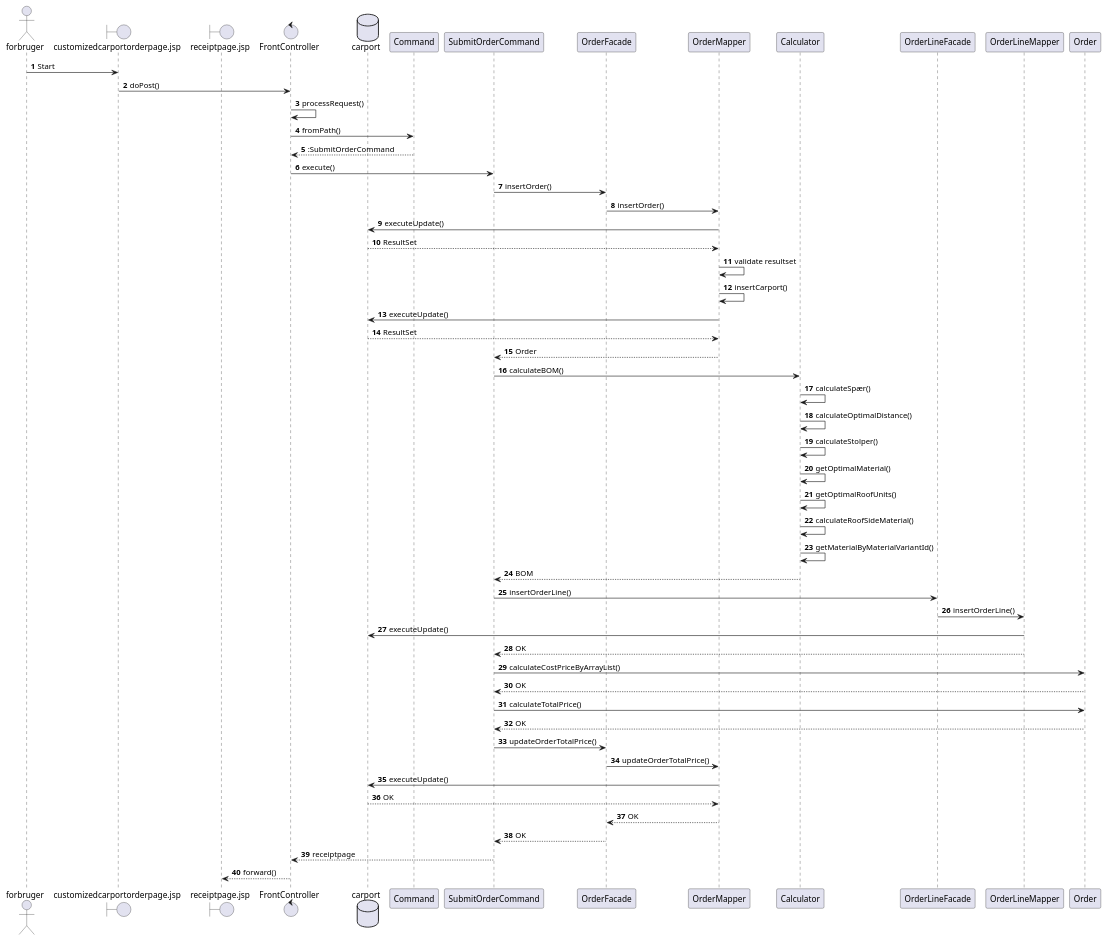
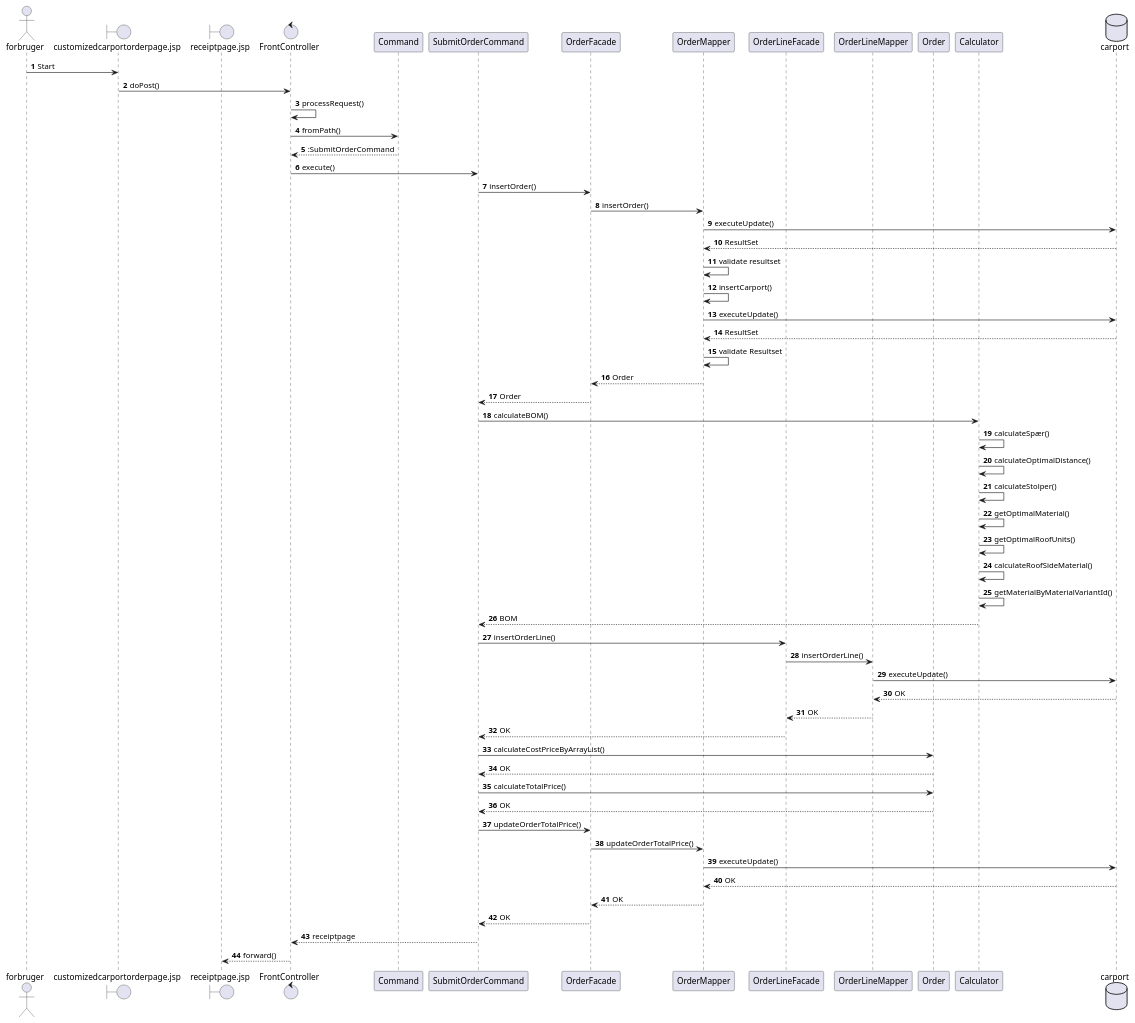
Before and after one commit to mdjac/sem2-fog-carport: the diagram in src/UML/Sekvens_Buy_Custom.puml, drawn with PlantUML. The commit also changed 1 other file, not shown here.

Commit message:
modified sequence diagram

```diff
--- a/src/UML/Sekvens_Buy_Custom.puml
+++ b/src/UML/Sekvens_Buy_Custom.puml
@@ -1,57 +1,69 @@
 @startuml
 'https://plantuml.com/sequence-diagram
 
 autonumber
 
 actor forbruger
 boundary customizedcarportorderpage.jsp
 boundary receiptpage.jsp
 control FrontController
+participant Command
+participant SubmitOrderCommand
+participant OrderFacade
+participant OrderMapper
+participant OrderLineFacade
+participant OrderLineMapper
+participant Order
+participant Calculator
 database carport
 
 
 
 forbruger -> customizedcarportorderpage.jsp: Start
 customizedcarportorderpage.jsp -> FrontController: doPost()
 FrontController -> FrontController: processRequest()
 FrontController -> Command: fromPath()
 Command --> FrontController: :SubmitOrderCommand
 FrontController -> SubmitOrderCommand: execute()
 SubmitOrderCommand -> OrderFacade: insertOrder()
 OrderFacade -> OrderMapper: insertOrder()
 OrderMapper -> carport: executeUpdate()
 carport --> OrderMapper: ResultSet
 OrderMapper -> OrderMapper: validate resultset
 OrderMapper -> OrderMapper: insertCarport()
 OrderMapper -> carport: executeUpdate()
 carport --> OrderMapper: ResultSet
-OrderMapper --> SubmitOrderCommand: Order
+OrderMapper -> OrderMapper: validate Resultset
+OrderMapper --> OrderFacade: Order
+OrderFacade --> SubmitOrderCommand: Order
 SubmitOrderCommand -> Calculator: calculateBOM()
 Calculator -> Calculator: calculateSpær()
 Calculator -> Calculator: calculateOptimalDistance()
 Calculator -> Calculator: calculateStolper()
 Calculator -> Calculator: getOptimalMaterial()
 Calculator -> Calculator: getOptimalRoofUnits()
 Calculator -> Calculator: calculateRoofSideMaterial()
 Calculator -> Calculator: getMaterialByMaterialVariantId()
 Calculator --> SubmitOrderCommand: BOM
 SubmitOrderCommand -> OrderLineFacade: insertOrderLine()
 OrderLineFacade -> OrderLineMapper: insertOrderLine()
 OrderLineMapper -> carport: executeUpdate()
-OrderLineMapper --> SubmitOrderCommand: OK
+carport --> OrderLineMapper: OK
+OrderLineMapper --> OrderLineFacade: OK
+OrderLineFacade --> SubmitOrderCommand: OK
 SubmitOrderCommand -> Order: calculateCostPriceByArrayList()
 Order --> SubmitOrderCommand: OK
 SubmitOrderCommand -> Order: calculateTotalPrice()
 Order --> SubmitOrderCommand: OK
 SubmitOrderCommand -> OrderFacade: updateOrderTotalPrice()
 OrderFacade -> OrderMapper: updateOrderTotalPrice()
 OrderMapper -> carport: executeUpdate()
 carport --> OrderMapper: OK
 OrderMapper --> OrderFacade: OK
 OrderFacade --> SubmitOrderCommand: OK
 SubmitOrderCommand --> FrontController: receiptpage
 FrontController --> receiptpage.jsp: forward()
 
 
 
 @enduml
```
